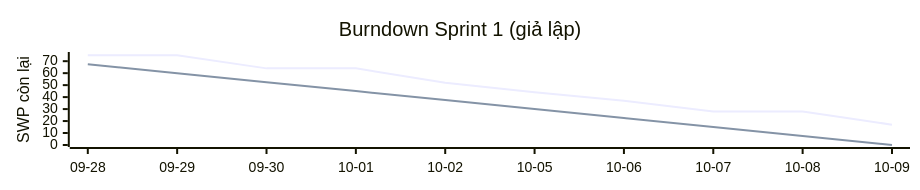
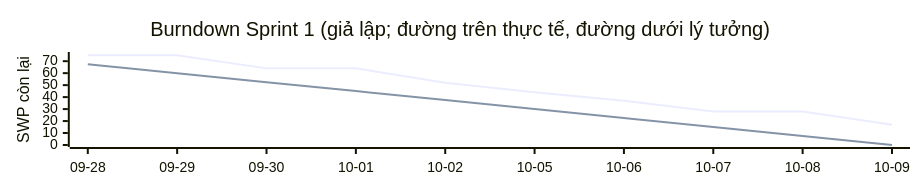
One commit to KhanhLD/yuki-cold-wms-lab5 changed the diagram in progress-report.md. Above: the diagram before and after it, drawn with Mermaid. The commit also changed other lines of this file and 14 other files, not shown here.

````diff
--- a/progress-report.md
+++ b/progress-report.md
@@ -45,14 +45,14 @@
 ```mermaid
 ---
 config:
   xyChart:
     width: 900
     height: 170
 ---
 xychart-beta
-    title "Burndown Sprint 1 (giả lập)"
+    title "Burndown Sprint 1 (giả lập; đường trên thực tế, đường dưới lý tưởng)"
     x-axis ["09-28", "09-29", "09-30", "10-01", "10-02", "10-05", "10-06", "10-07", "10-08", "10-09"]
     y-axis "SWP còn lại" 0 --> 76
     line [75, 75, 64, 64, 52, 44, 37, 28, 28, 17]
     line [67.5, 60.0, 52.5, 45.0, 37.5, 30.0, 22.5, 15.0, 7.5, 0.0]
 ```
````
